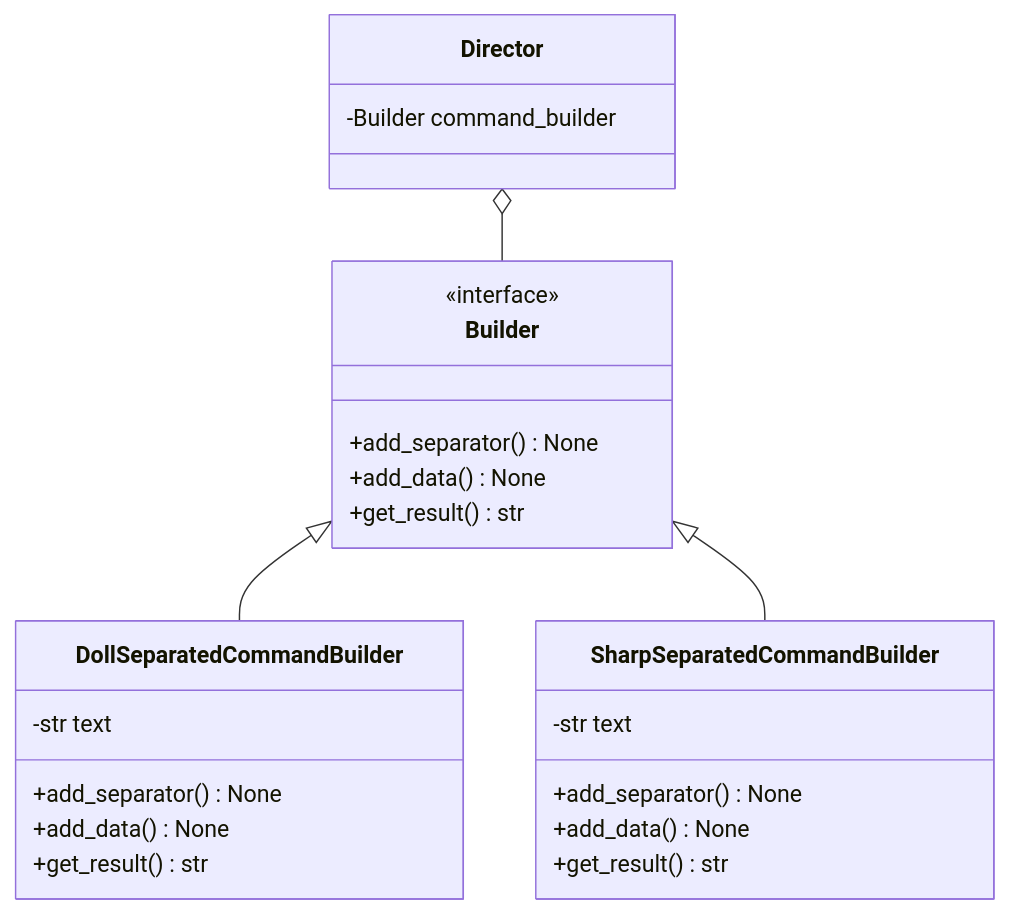
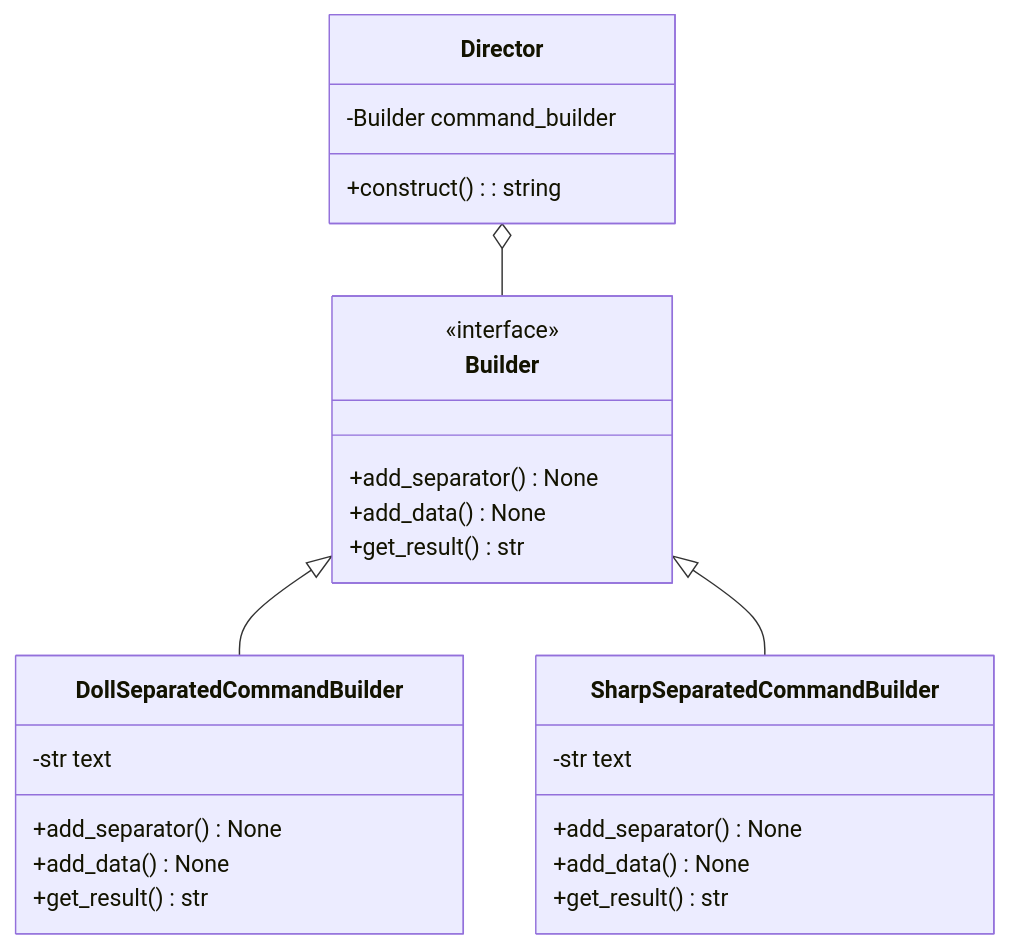
One commit to raucha/design-pattern-python changed the diagram in 07_builder/readme.md. Above: the diagram before and after it, drawn with Mermaid. The commit also changed 1 other file, not shown here.

````diff
--- a/07_builder/readme.md
+++ b/07_builder/readme.md
@@ -5,33 +5,34 @@
 ```mermaid
 classDiagram
 
 class Builder{
   <<interface>>
   +add_separator() None
   +add_data() None
   +get_result() str
 }
 
 Builder <|-- DollSeparatedCommandBuilder
 class DollSeparatedCommandBuilder{
   -str text
   +add_separator() None
   +add_data() None
   +get_result() str
 }
 
 Builder <|-- SharpSeparatedCommandBuilder
 class SharpSeparatedCommandBuilder{
   -str text
   +add_separator() None
   +add_data() None
   +get_result() str
 }
 
 Director o-- Builder
 class Director{
   -Builder command_builder
+  +construct(): string
 }
 
 
 ```
````
